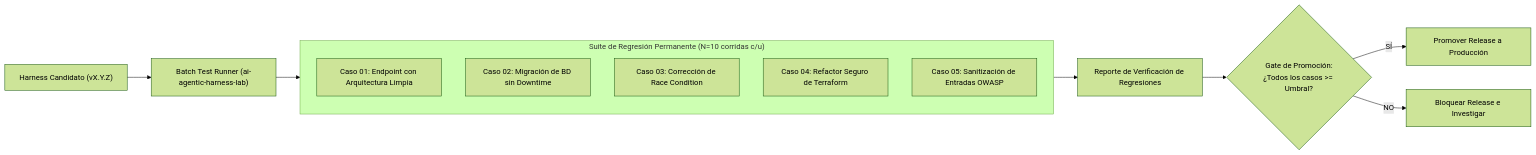
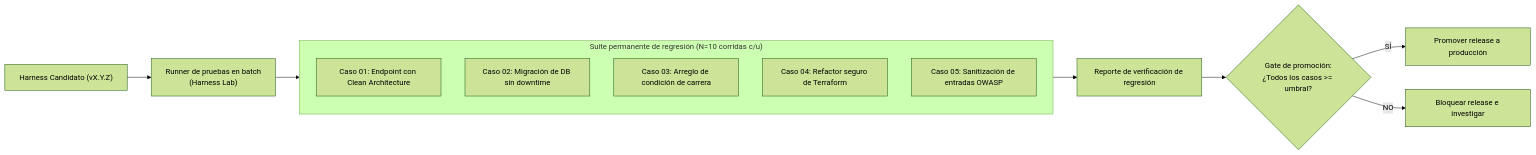
Before and after one commit to marcosdh1987/harness-engineering-guide: the second of 3 diagrams in docs/es/evaluation/regression-suites.md, drawn with Mermaid (forest theme). The commit also changed other lines of this file and 120 other files, not shown here.

````diff
--- a/docs/es/evaluation/regression-suites.md
+++ b/docs/es/evaluation/regression-suites.md
@@ -33,18 +33,18 @@
 ```mermaid
 flowchart LR
-    CAND["Harness Candidato (vX.Y.Z)"] --> RUNNER["Batch Test Runner (ai-agentic-harness-lab)"]
+    CAND["Harness Candidato (vX.Y.Z)"] --> RUNNER["Runner de pruebas en batch<br/>(Harness Lab)"]
     
-    subgraph SUITE["Suite de Regresión Permanente (N=10 corridas c/u)"]
-        CASE1["Caso 01: Endpoint con Arquitectura Limpia"]
-        CASE2["Caso 02: Migración de BD sin Downtime"]
-        CASE3["Caso 03: Corrección de Race Condition"]
-        CASE4["Caso 04: Refactor Seguro de Terraform"]
-        CASE5["Caso 05: Sanitización de Entradas OWASP"]
+    subgraph SUITE["Suite permanente de regresión (N=10 corridas c/u)"]
+        CASE1["Caso 01: Endpoint con Clean Architecture"]
+        CASE2["Caso 02: Migración de DB sin downtime"]
+        CASE3["Caso 03: Arreglo de condición de carrera"]
+        CASE4["Caso 04: Refactor seguro de Terraform"]
+        CASE5["Caso 05: Sanitización de entradas OWASP"]
     end
 
     RUNNER --> SUITE
-    SUITE --> REPORT["Reporte de Verificación de Regresiones"]
-    REPORT --> GATE{"Gate de Promoción:<br/>¿Todos los casos >= Umbral?"}
-    GATE -->|"SÍ"| PASS["Promover Release a Producción"]
-    GATE -->|"NO"| BLOCK["Bloquear Release e Investigar"]
+    SUITE --> REPORT["Reporte de verificación de regresión"]
+    REPORT --> GATE{"Gate de promoción:<br/>¿Todos los casos >= umbral?"}
+    GATE -->|"SÍ"| PASS["Promover release a producción"]
+    GATE -->|"NO"| BLOCK["Bloquear release e investigar"]
 ```
````
